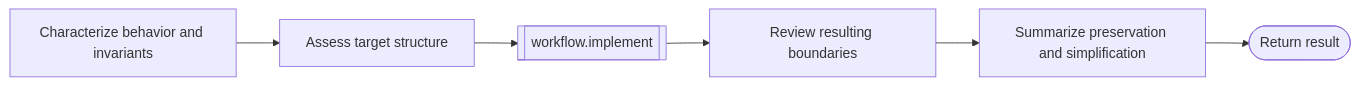
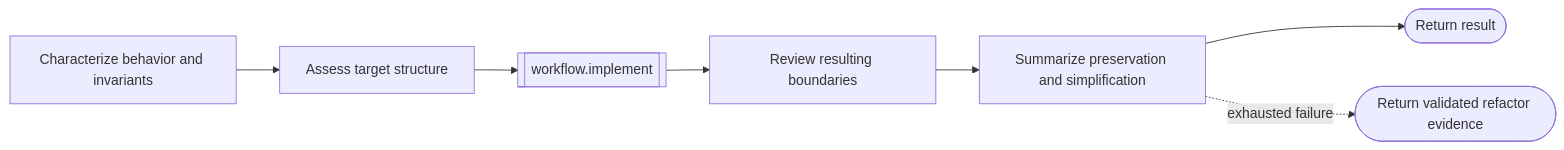
The diagram in modules/phenix-pi/definitions/workflows/sources/refactor.workflow.md (matthis-k/phenix-agent-harness), drawn with Mermaid before and after one commit. The commit also changed other lines of this file and 9 other files, not shown here.

````diff
--- a/modules/phenix-pi/definitions/workflows/sources/refactor.workflow.md
+++ b/modules/phenix-pi/definitions/workflows/sources/refactor.workflow.md
@@ -16,8 +16,9 @@
 ```mermaid
 flowchart LR
     characterize[Characterize behavior and invariants] --> architecture[Assess target structure]
     architecture --> implement[[workflow.implement]]
     implement --> review[Review resulting boundaries]
     review --> finalize[Summarize preservation and simplification]
     finalize --> return([Return result])
+    finalize -. exhausted failure .-> fallback([Return validated refactor evidence])
 ```
````
